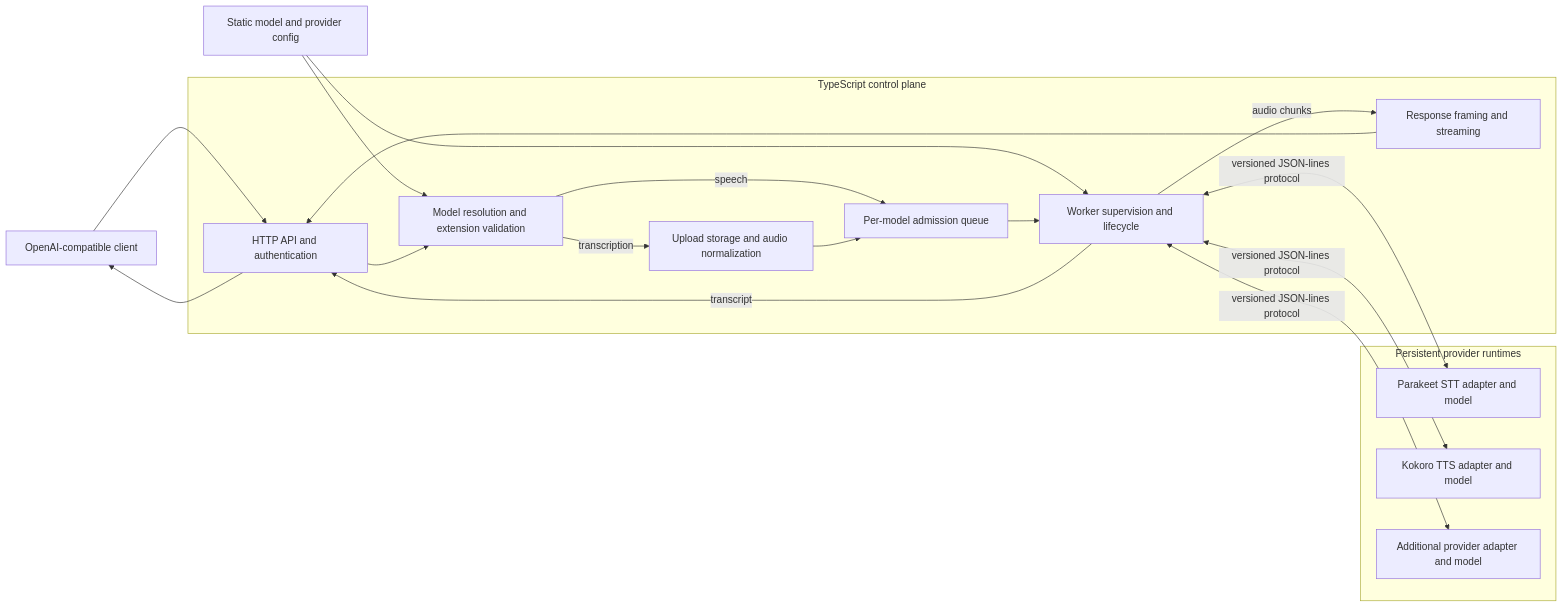
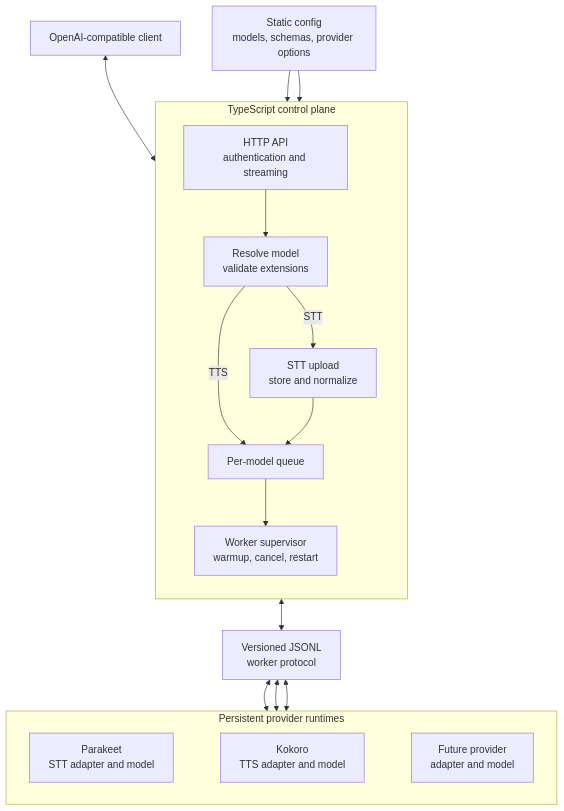
One commit to kcosr/openai-speech-server changed the diagram in README.md. Above: the diagram before and after it, drawn with Mermaid.

Commit message:
Improve architecture diagram layout

````diff
--- a/README.md
+++ b/README.md
@@ -9,36 +9,37 @@
 ```mermaid
-flowchart LR
+flowchart TB
     Client[OpenAI-compatible client]
-    Config[Static model and provider config]
+    Config[Static config<br/>models, schemas, provider options]
 
     subgraph Node[TypeScript control plane]
-        API[HTTP API and authentication]
-        Validate[Model resolution and extension validation]
-        Input[Upload storage and audio normalization]
-        Queue[Per-model admission queue]
-        Supervisor[Worker supervision and lifecycle]
-        Output[Response framing and streaming]
+        direction TB
+        API[HTTP API<br/>authentication and streaming]
+        Validate[Resolve model<br/>validate extensions]
+        Input[STT upload<br/>store and normalize]
+        Queue[Per-model queue]
+        Supervisor[Worker supervisor<br/>warmup, cancel, restart]
     end
 
+    Protocol[Versioned JSONL<br/>worker protocol]
+
     subgraph Runtimes[Persistent provider runtimes]
-        Parakeet[Parakeet STT adapter and model]
-        Kokoro[Kokoro TTS adapter and model]
-        Additional[Additional provider adapter and model]
+        direction LR
+        Parakeet[Parakeet<br/>STT adapter and model]
+        Kokoro[Kokoro<br/>TTS adapter and model]
+        Additional[Future provider<br/>adapter and model]
+        Parakeet ~~~ Kokoro ~~~ Additional
     end
 
-    Client --> API
+    Client <--> API
     Config --> Validate
     Config --> Supervisor
     API --> Validate
-    Validate -- transcription --> Input
-    Validate -- speech --> Queue
+    Validate -- STT --> Input
+    Validate -- TTS --> Queue
     Input --> Queue
     Queue --> Supervisor
-    Supervisor <-->|versioned JSON-lines protocol| Parakeet
-    Supervisor <-->|versioned JSON-lines protocol| Kokoro
-    Supervisor <-->|versioned JSON-lines protocol| Additional
-    Supervisor -- transcript --> API
-    Supervisor -- audio chunks --> Output
-    Output --> API
-    API --> Client
+    Supervisor <--> Protocol
+    Protocol <--> Parakeet
+    Protocol <--> Kokoro
+    Protocol <--> Additional
 ```
````
